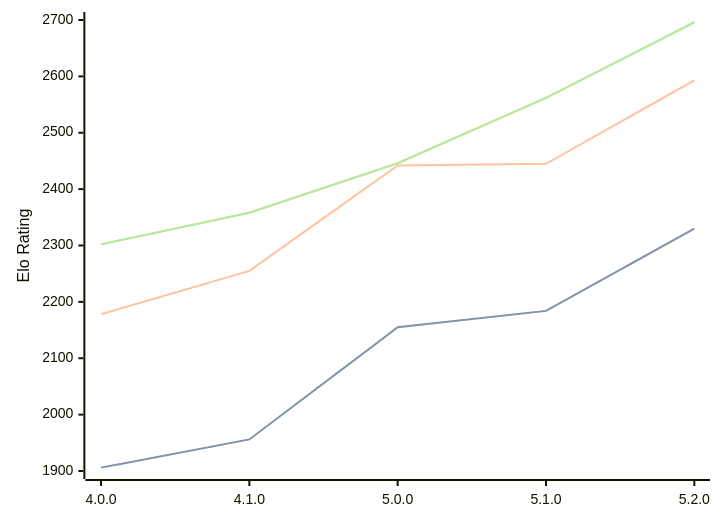
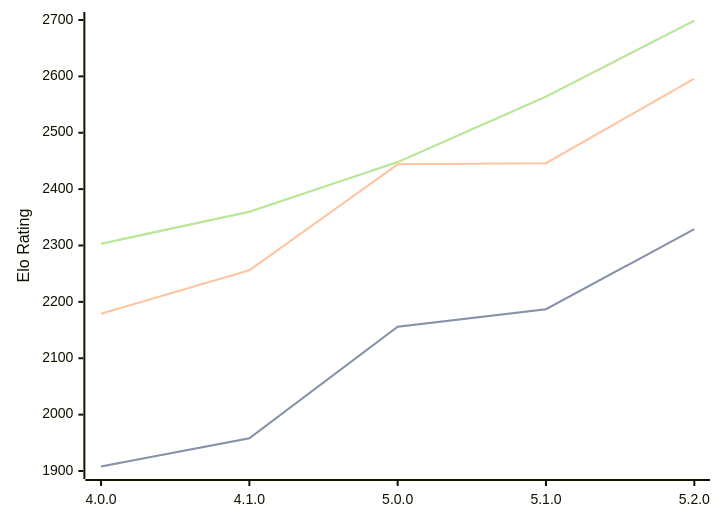
Before and after one commit to computer-chess-index/cci: the diagram in engines/Aconcagua.md, drawn with Mermaid. The commit also changed other lines of this file, not shown here.

Commit message:
Update CCI Ratings (ELO VLTC) - 2026-08-22

````diff
--- a/engines/Aconcagua.md
+++ b/engines/Aconcagua.md
@@ -35,11 +35,11 @@
 ```mermaid
 %%{init: {"theme":"base","themeVariables":{"seriesColors:['#a3a3a3','#222221','#faa371']}}}%%
 xychart-beta
   x-axis ["4.0.0", "4.1.0", "5.0.0", "5.1.0", "5.2.0"]
   y-axis "Elo Rating" 1900 --> 2700
-  line "STC (8.0+0.08s)" [1906, 1956, 2155, 2184, 2330]
-  line "STC (8.0+0.08s)" [1906, 1956, 2155, 2184, 2330]
-  line "LTC (60.0+0.60s)" [2178, 2255, 2442, 2445, 2593]
-  line "VLTC (2m24s+1.12s)" [2302, 2358, 2446, 2562, 2696]
-  line "VLTC (2m24s+1.12s)" [2302, 2358, 2446, 2562, 2696]
+  line "STC (8.0+0.08s)" [1908, 1958, 2156, 2187, 2329]
+  line "STC (8.0+0.08s)" [1908, 1958, 2156, 2187, 2329]
+  line "LTC (60.0+0.60s)" [2179, 2256, 2444, 2446, 2596]
+  line "VLTC (2m24s+1.12s)" [2303, 2360, 2448, 2564, 2699]
+  line "VLTC (2m24s+1.12s)" [2303, 2360, 2448, 2564, 2699]
 ```
````
